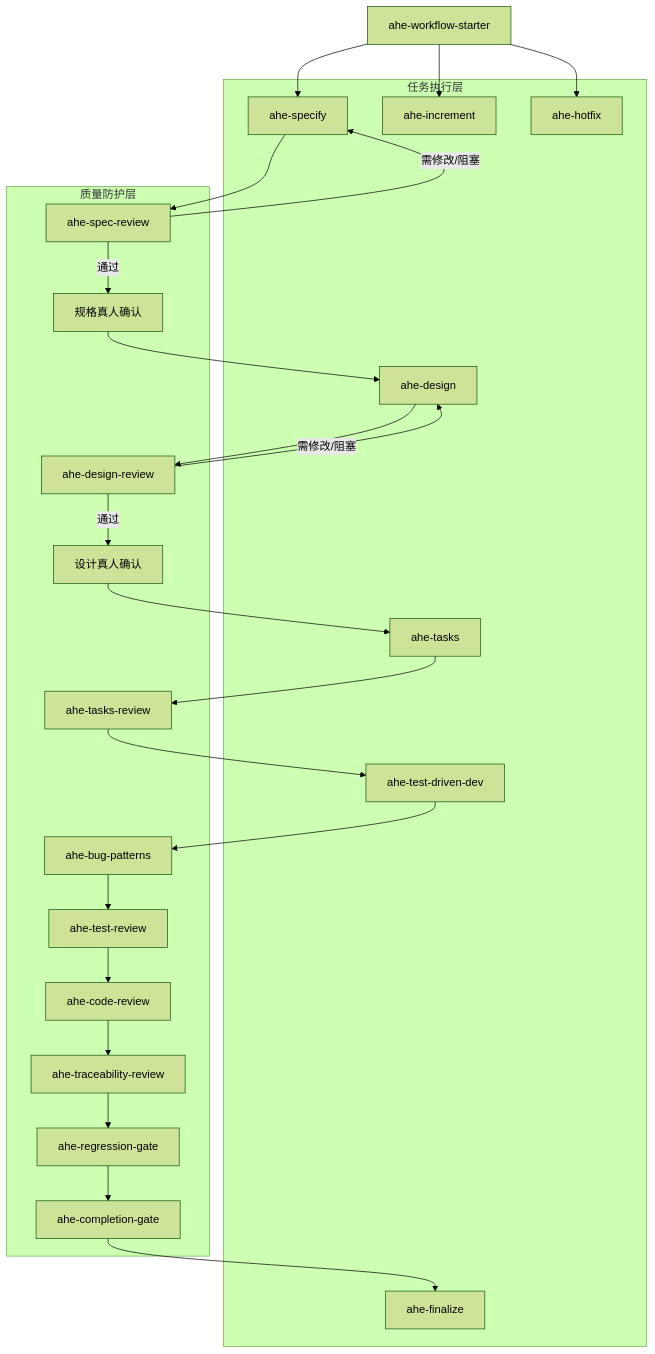
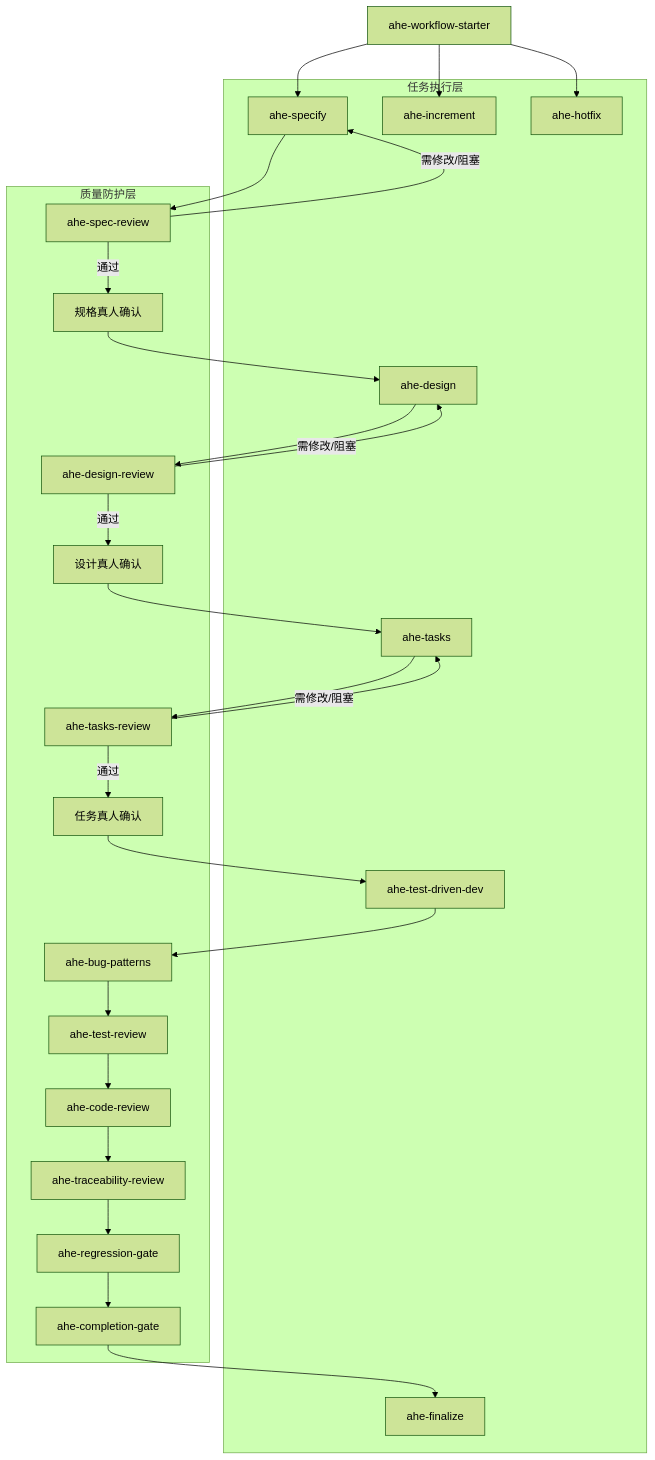
One commit to hujianbest/awesome-harness changed the first of 3 diagrams in skills/ahe-skills-design.md. Above: the diagram before and after it, drawn with Mermaid (forest theme). The commit also changed other lines of this file and 10 other files, not shown here.

````diff
--- a/skills/ahe-skills-design.md
+++ b/skills/ahe-skills-design.md
@@ -120,50 +120,53 @@
 ```mermaid
 flowchart TD
     starter[ahe-workflow-starter]
 
     subgraph executionLayer [任务执行层]
         workSpecify[ahe-specify]
         workDesign[ahe-design]
         workTasks[ahe-tasks]
         workImplement[ahe-test-driven-dev]
         workIncrement[ahe-increment]
         workHotfix[ahe-hotfix]
         workFinalize[ahe-finalize]
     end
 
     subgraph qualityLayer [质量防护层]
         specReview[ahe-spec-review]
         specConfirm[规格真人确认]
         designReview[ahe-design-review]
         designConfirm[设计真人确认]
         tasksReview[ahe-tasks-review]
+        tasksConfirm[任务真人确认]
         bugPatterns[ahe-bug-patterns]
         testReview[ahe-test-review]
         codeReview[ahe-code-review]
         traceabilityReview[ahe-traceability-review]
         regressionGate[ahe-regression-gate]
         completionGate[ahe-completion-gate]
     end
 
     starter --> workSpecify
     workSpecify --> specReview
     specReview -->|通过| specConfirm
     specReview -->|需修改/阻塞| workSpecify
     specConfirm --> workDesign
     workDesign --> designReview
     designReview -->|通过| designConfirm
     designReview -->|需修改/阻塞| workDesign
     designConfirm --> workTasks
     workTasks --> tasksReview
-    tasksReview --> workImplement
+    tasksReview -->|通过| tasksConfirm
+    tasksReview -->|需修改/阻塞| workTasks
+    tasksConfirm --> workImplement
     workImplement --> bugPatterns
     bugPatterns --> testReview
     testReview --> codeReview
     codeReview --> traceabilityReview
     traceabilityReview --> regressionGate
     regressionGate --> completionGate
     completionGate --> workFinalize
 
     starter --> workIncrement
     starter --> workHotfix
 ```
````
